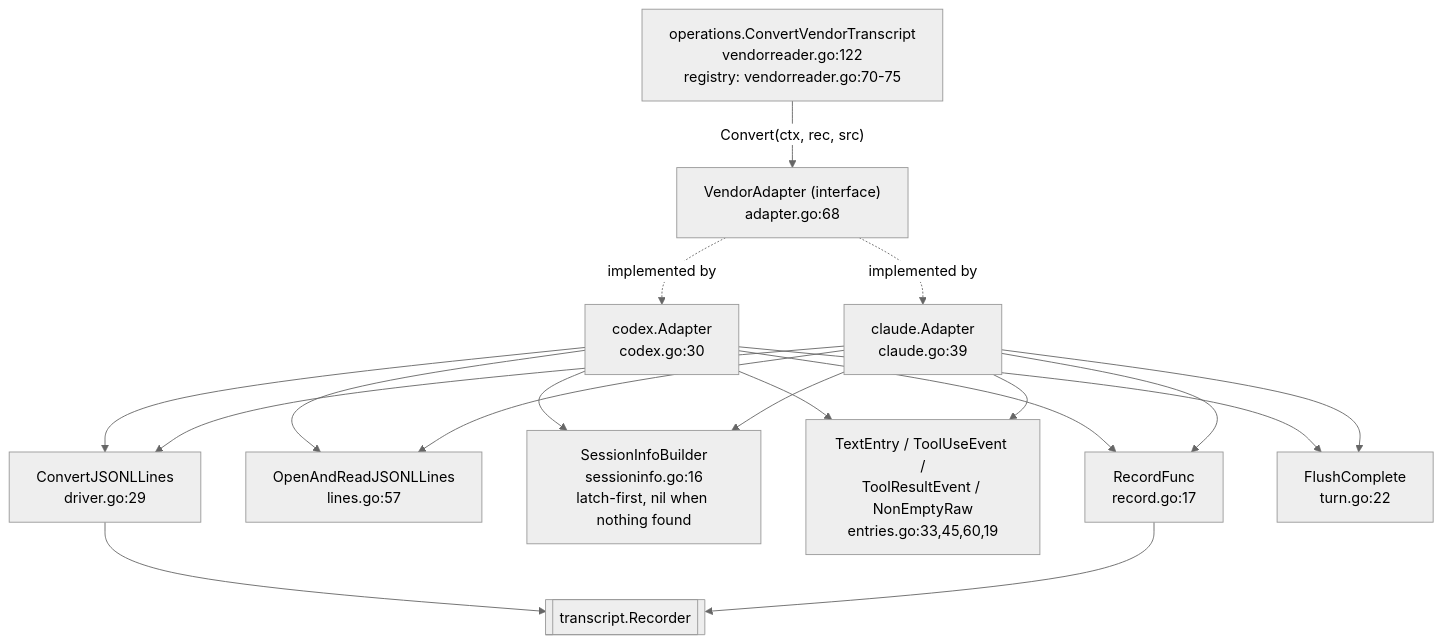
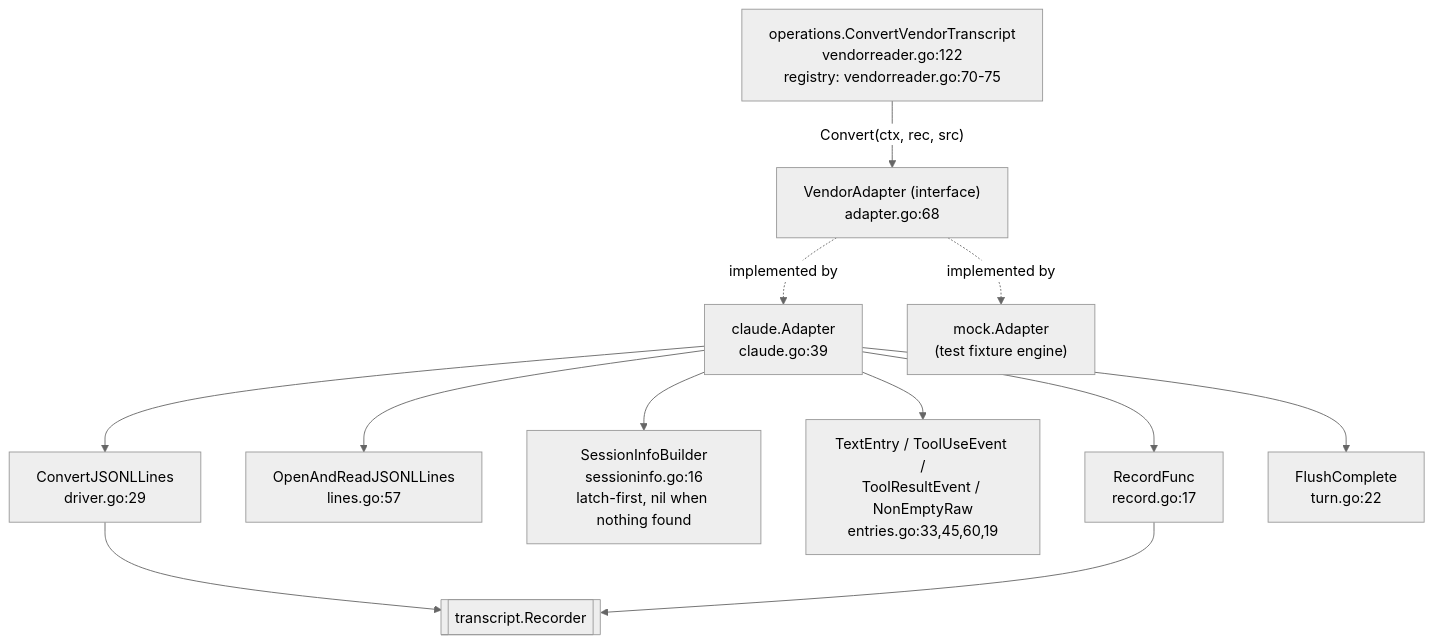
Before and after one commit to ctxloom/ctxloom: the second of 2 diagrams in docs/architecture/companions/transcript.md, drawn with Mermaid (neutral theme). The commit also changed other lines of this file, not shown here.

````diff
--- a/docs/architecture/companions/transcript.md
+++ b/docs/architecture/companions/transcript.md
@@ -166,21 +166,20 @@
 ```mermaid
 flowchart TD
     OPS["operations.ConvertVendorTranscript<br/>vendorreader.go:122<br/>registry: vendorreader.go:70-75"]
     OPS -->|"Convert(ctx, rec, src)"| IFACE["VendorAdapter (interface)<br/>adapter.go:68"]
 
-    IFACE -.implemented by.-> CODEX["codex.Adapter<br/>codex.go:30"]
     IFACE -.implemented by.-> CLAUDE["claude.Adapter<br/>claude.go:39"]
+    IFACE -.implemented by.-> MOCK["mock.Adapter<br/>(test fixture engine)"]
 
-    CODEX --> DRV["ConvertJSONLLines<br/>driver.go:29"]
-    CLAUDE --> DRV
+    CLAUDE --> DRV["ConvertJSONLLines<br/>driver.go:29"]
 
-    CODEX & CLAUDE --> LINES["OpenAndReadJSONLLines<br/>lines.go:57"]
+    CLAUDE --> LINES["OpenAndReadJSONLLines<br/>lines.go:57"]
 
-    CODEX & CLAUDE --> SIB["SessionInfoBuilder<br/>sessioninfo.go:16<br/>latch-first, nil when nothing found"]
-    CODEX & CLAUDE --> ENT["TextEntry / ToolUseEvent /<br/>ToolResultEvent / NonEmptyRaw<br/>entries.go:33,45,60,19"]
-    CODEX & CLAUDE --> RF["RecordFunc<br/>record.go:17"]
-    CODEX & CLAUDE --> FC["FlushComplete<br/>turn.go:22"]
+    CLAUDE --> SIB["SessionInfoBuilder<br/>sessioninfo.go:16<br/>latch-first, nil when nothing found"]
+    CLAUDE --> ENT["TextEntry / ToolUseEvent /<br/>ToolResultEvent / NonEmptyRaw<br/>entries.go:33,45,60,19"]
+    CLAUDE --> RF["RecordFunc<br/>record.go:17"]
+    CLAUDE --> FC["FlushComplete<br/>turn.go:22"]
 
     DRV --> REC[["transcript.Recorder"]]
     RF --> REC
 ```
````
